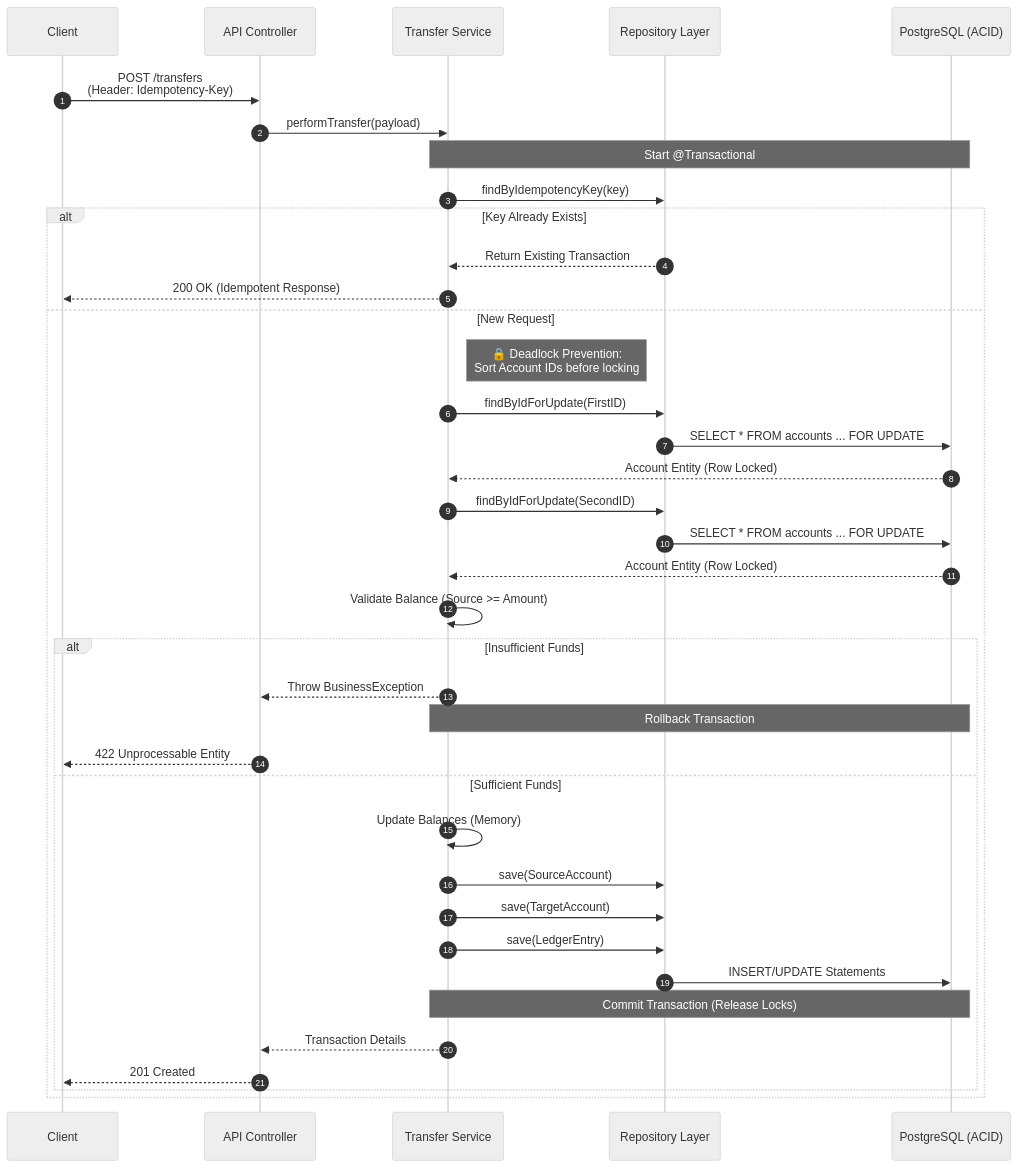
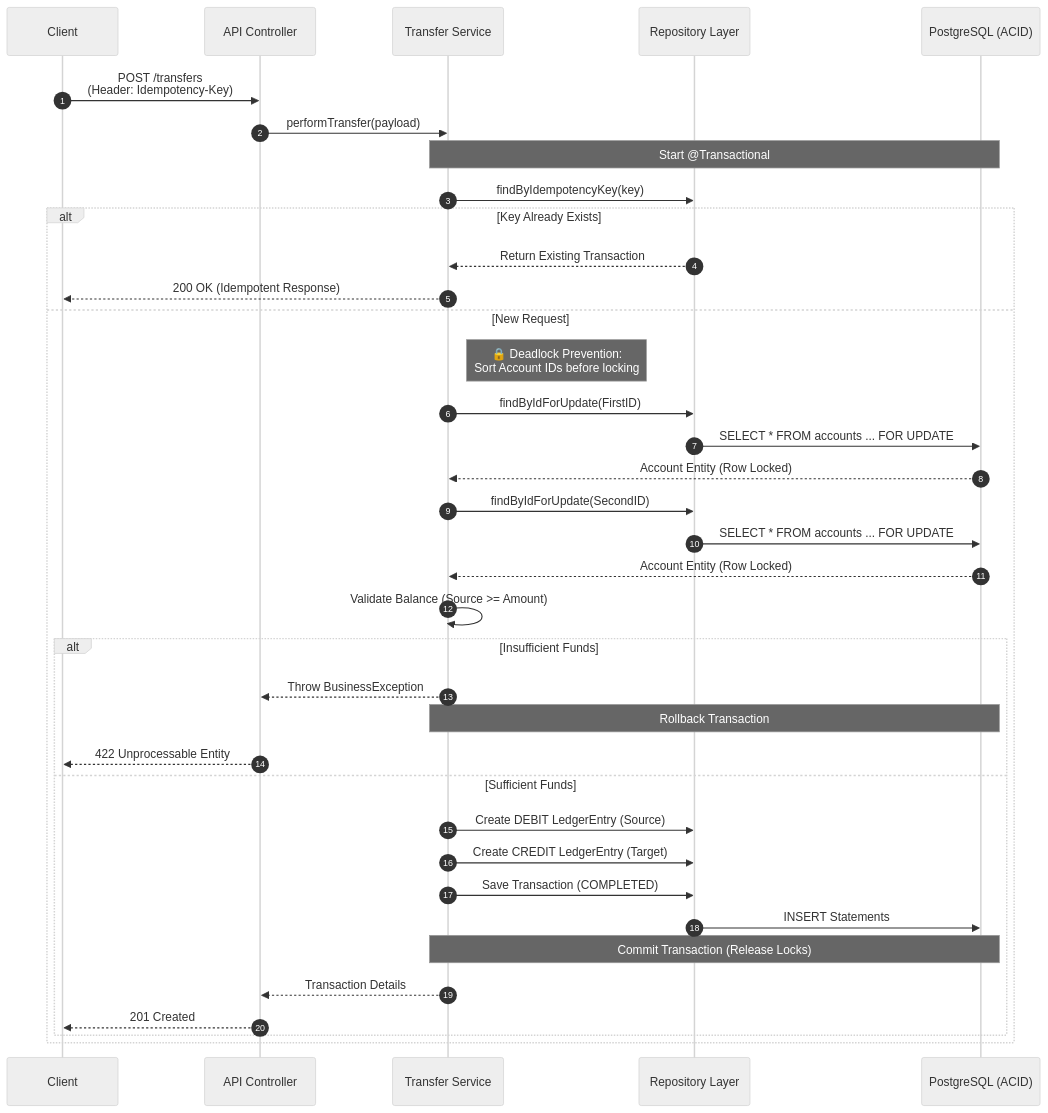
Before and after one commit to gabirusky/LedgerSimulator: the diagram in README.md, drawn with Mermaid (neutral theme). The commit also changed other lines of this file, not shown here.

````diff
--- a/README.md
+++ b/README.md
@@ -68,49 +259,48 @@
 ```mermaid
 sequenceDiagram
     autonumber
     participant Client
     participant Controller as API Controller
     participant Service as Transfer Service
     participant Repo as Repository Layer
     participant DB as PostgreSQL (ACID)
 
     Client->>Controller: POST /transfers <br/>(Header: Idempotency-Key)
     Controller->>Service: performTransfer(payload)
 
     Note over Service, DB: Start @Transactional
 
     Service->>Repo: findByIdempotencyKey(key)
     alt Key Already Exists
         Repo-->>Service: Return Existing Transaction
         Service-->>Client: 200 OK (Idempotent Response)
     else New Request
         Note right of Service: 🔒 Deadlock Prevention:<br/>Sort Account IDs before locking
         
         Service->>Repo: findByIdForUpdate(FirstID)
         Repo->>DB: SELECT * FROM accounts ... FOR UPDATE
         DB-->>Service: Account Entity (Row Locked)
         
         Service->>Repo: findByIdForUpdate(SecondID)
         Repo->>DB: SELECT * FROM accounts ... FOR UPDATE
         DB-->>Service: Account Entity (Row Locked)
 
         Service->>Service: Validate Balance (Source >= Amount)
 
         alt Insufficient Funds
             Service-->>Controller: Throw BusinessException
             Note over Service, DB: Rollback Transaction
             Controller-->>Client: 422 Unprocessable Entity
         else Sufficient Funds
-            Service->>Service: Update Balances (Memory)
-            Service->>Repo: save(SourceAccount)
-            Service->>Repo: save(TargetAccount)
-            Service->>Repo: save(LedgerEntry)
+            Service->>Repo: Create DEBIT LedgerEntry (Source)
+            Service->>Repo: Create CREDIT LedgerEntry (Target)
+            Service->>Repo: Save Transaction (COMPLETED)
             
-            Repo->>DB: INSERT/UPDATE Statements
+            Repo->>DB: INSERT Statements
             Note over Service, DB: Commit Transaction (Release Locks)
             
             Service-->>Controller: Transaction Details
             Controller-->>Client: 201 Created
         end
     end
 ```
````
